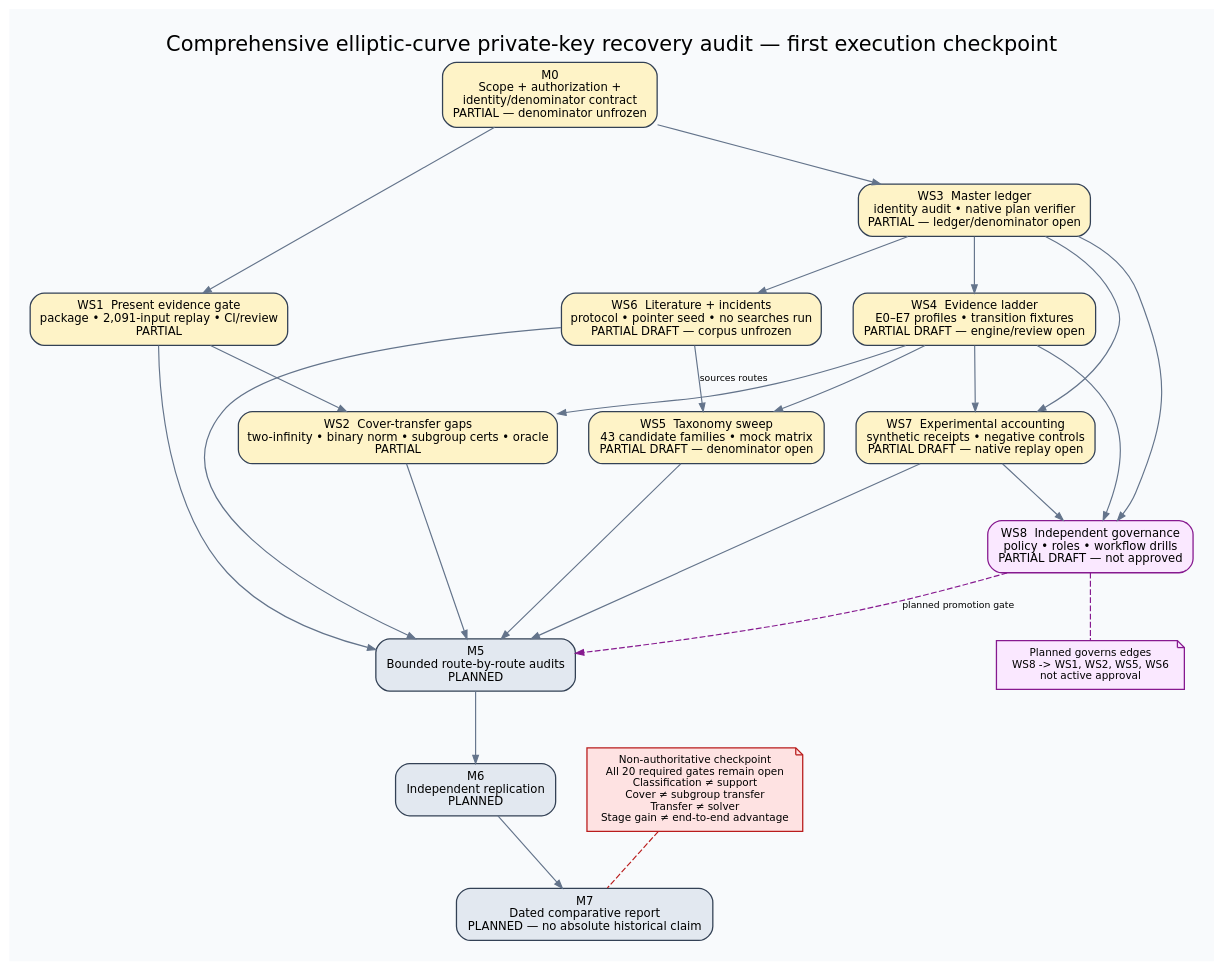
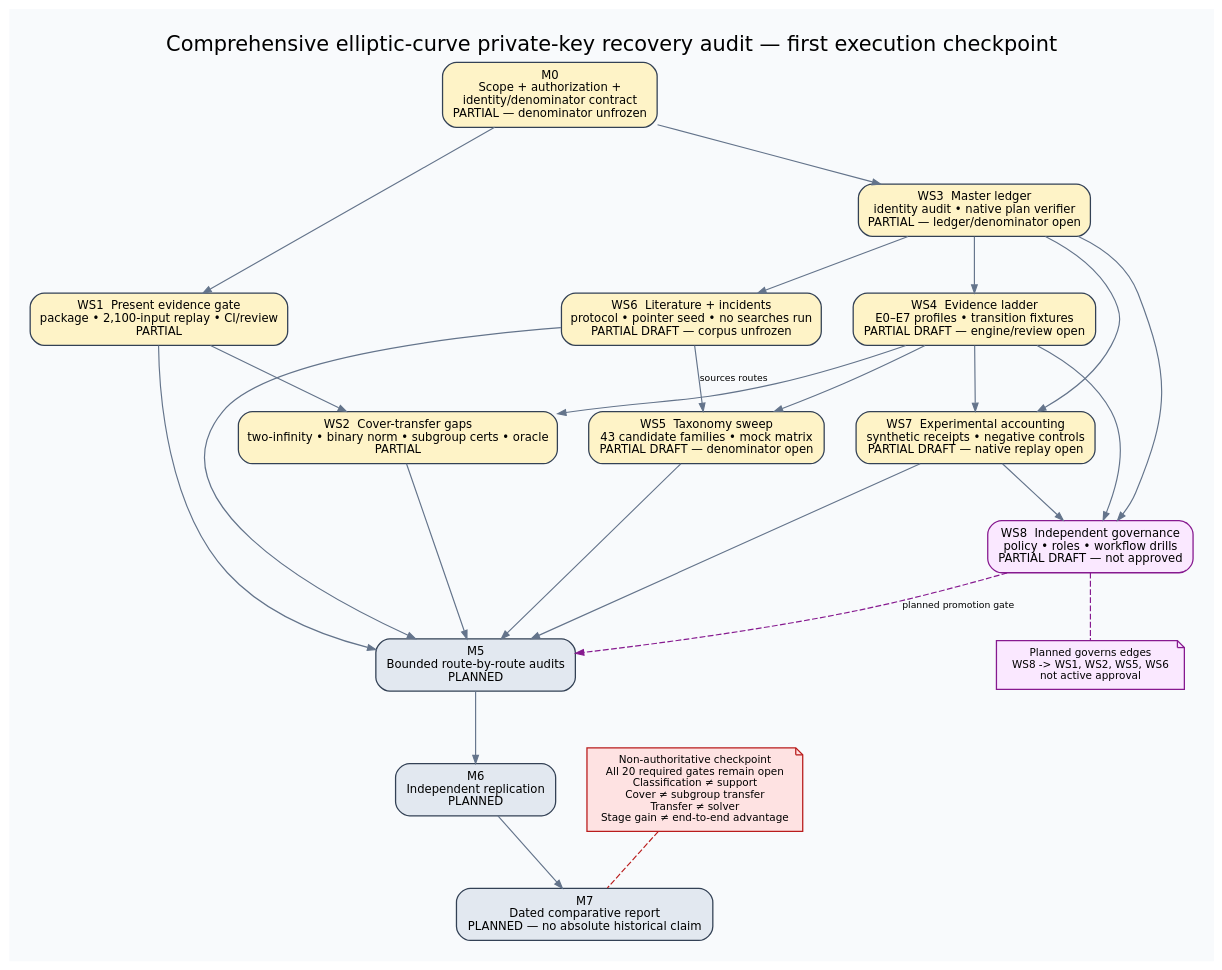
One commit to aburan28/crypto changed the diagram in docs/ecdlp-audit/program-dependencies.dot. Above: the diagram before and after it, drawn with Graphviz. The commit also changed 28 other files, not shown here.

```diff
--- a/docs/ecdlp-audit/program-dependencies.dot
+++ b/docs/ecdlp-audit/program-dependencies.dot
@@ -1,81 +1,81 @@
 digraph ECDLPAuditProgram {
   graph [
     rankdir=TB,
     bgcolor="#f8fafc",
     pad="0.25",
     nodesep="0.38",
     ranksep="0.65",
     fontname="DejaVu Sans",
     labelloc="t",
     label="Comprehensive elliptic-curve private-key recovery audit — first execution checkpoint",
     fontsize=18
   ];
   node [
     shape=box,
     style="rounded,filled",
     fontname="DejaVu Sans",
     fontsize=10,
     color="#334155",
     penwidth=1.1,
     margin="0.15,0.09"
   ];
   edge [
     color="#64748b",
     fontname="DejaVu Sans",
     fontsize=8,
     arrowsize=0.7
   ];
 
   M0 [label="M0\nScope + authorization +\nidentity/denominator contract\nPARTIAL — denominator unfrozen", fillcolor="#fef3c7"];
-  WS1 [label="WS1  Present evidence gate\npackage • 2,091-input replay • CI/review\nPARTIAL", fillcolor="#fef3c7"];
+  WS1 [label="WS1  Present evidence gate\npackage • 2,100-input replay • CI/review\nPARTIAL", fillcolor="#fef3c7"];
   WS2 [label="WS2  Cover-transfer gaps\ntwo-infinity • binary norm • subgroup certs • oracle\nPARTIAL", fillcolor="#fef3c7"];
   WS3 [label="WS3  Master ledger\nidentity audit • native plan verifier\nPARTIAL — ledger/denominator open", fillcolor="#fef3c7"];
   WS4 [label="WS4  Evidence ladder\nE0–E7 profiles • transition fixtures\nPARTIAL DRAFT — engine/review open", fillcolor="#fef3c7"];
   WS5 [label="WS5  Taxonomy sweep\n43 candidate families • mock matrix\nPARTIAL DRAFT — denominator open", fillcolor="#fef3c7"];
   WS6 [label="WS6  Literature + incidents\nprotocol • pointer seed • no searches run\nPARTIAL DRAFT — corpus unfrozen", fillcolor="#fef3c7"];
   WS7 [label="WS7  Experimental accounting\nsynthetic receipts • negative controls\nPARTIAL DRAFT — native replay open", fillcolor="#fef3c7"];
   WS8 [label="WS8  Independent governance\npolicy • roles • workflow drills\nPARTIAL DRAFT — not approved", fillcolor="#fae8ff", color="#86198f"];
   M5 [label="M5\nBounded route-by-route audits\nPLANNED", fillcolor="#e2e8f0"];
   M6 [label="M6\nIndependent replication\nPLANNED", fillcolor="#e2e8f0"];
   M7 [label="M7\nDated comparative report\nPLANNED — no absolute historical claim", fillcolor="#e2e8f0"];
 
   M0 -> WS1;
   M0 -> WS3;
   WS3 -> WS4;
   WS3 -> WS6;
   WS3 -> WS7;
   WS4 -> WS2;
   WS1 -> WS2;
   WS4 -> WS5;
   WS6 -> WS5 [label="sources routes"];
   WS4 -> WS7;
   WS3 -> WS8;
   WS4 -> WS8;
   WS7 -> WS8;
 
   WS1 -> M5;
   WS2 -> M5;
   WS5 -> M5;
   WS6 -> M5;
   WS7 -> M5;
   WS8 -> M5 [color="#86198f", label="planned promotion gate", style=dashed];
   governance_scope [
     shape=note,
     label="Planned governs edges\nWS8 -> WS1, WS2, WS5, WS6\nnot active approval",
     fillcolor="#fae8ff",
     color="#86198f",
     fontsize=9
   ];
   WS8 -> governance_scope [color="#86198f", style=dashed, arrowhead=none];
   M5 -> M6;
   M6 -> M7;
 
   note [
     shape=note,
     label="Non-authoritative checkpoint\nAll 20 required gates remain open\nClassification ≠ support\nCover ≠ subgroup transfer\nTransfer ≠ solver\nStage gain ≠ end-to-end advantage",
     fillcolor="#fee2e2",
     color="#b91c1c",
     fontsize=9
   ];
   note -> M7 [style=dashed, arrowhead=none, color="#b91c1c"];
 }
```
